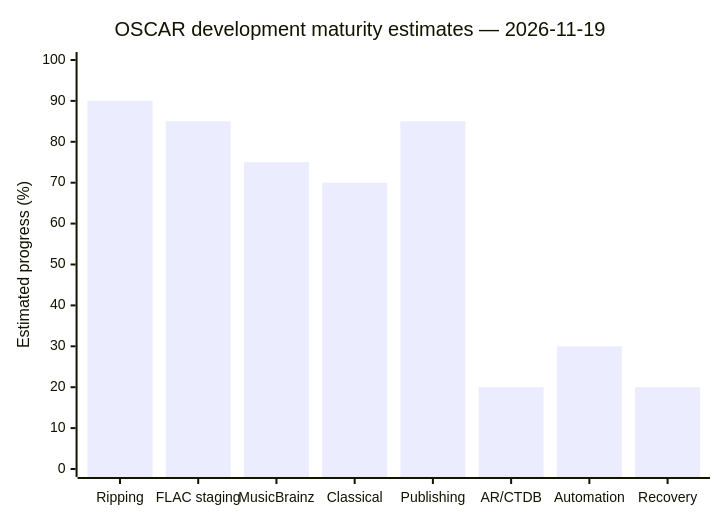
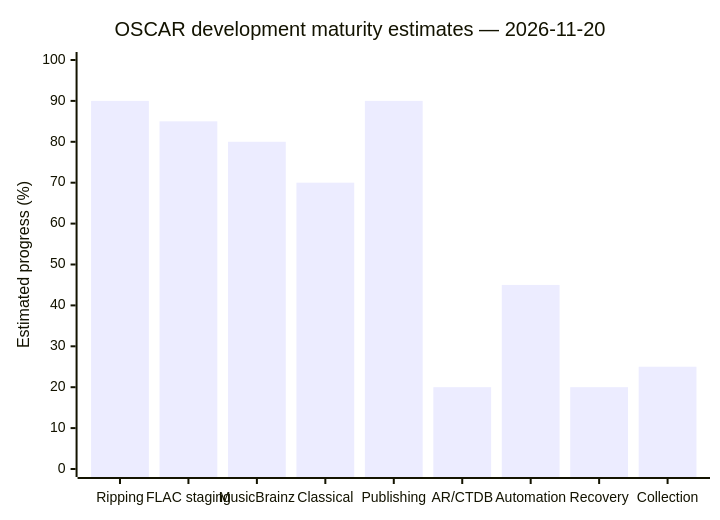
Before and after one commit to sin7ek/OSCAR: the diagram in docs/PROGRESS.md, drawn with Mermaid. The commit also changed other lines of this file and 5 other files, not shown here.

First line of the commit message:
docs: reconcile OSCAR progress, hardware evidence and multi-platform roadmap (#77)

````diff
--- a/docs/PROGRESS.md
+++ b/docs/PROGRESS.md
@@ -27,7 +28,7 @@
 ```mermaid
 xychart-beta
-    title "OSCAR development maturity estimates — 2026-11-19"
-    x-axis ["Ripping", "FLAC staging", "MusicBrainz", "Classical", "Publishing", "AR/CTDB", "Automation", "Recovery"]
+    title "OSCAR development maturity estimates — 2026-11-20"
+    x-axis ["Ripping", "FLAC staging", "MusicBrainz", "Classical", "Publishing", "AR/CTDB", "Automation", "Recovery", "Collection"]
     y-axis "Estimated progress (%)" 0 --> 100
-    bar [90, 85, 75, 70, 85, 20, 30, 20]
+    bar [90, 85, 80, 70, 90, 20, 45, 20, 25]
 ```
````
